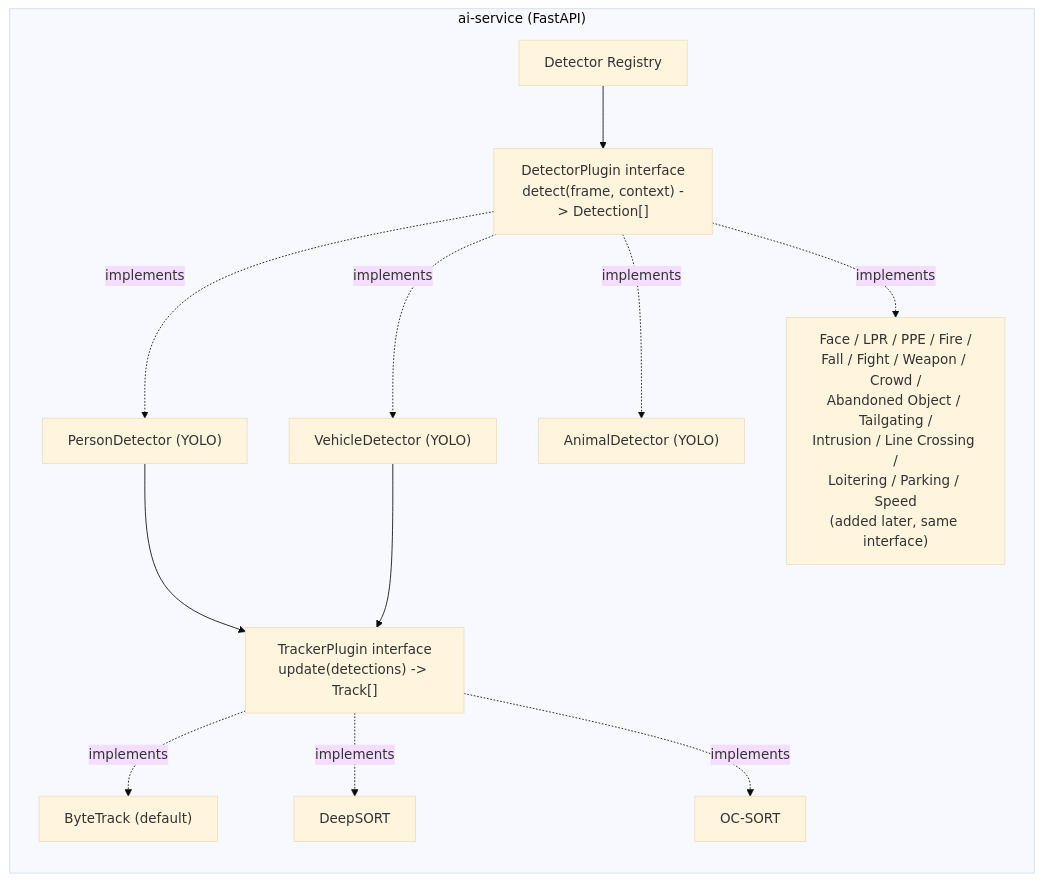
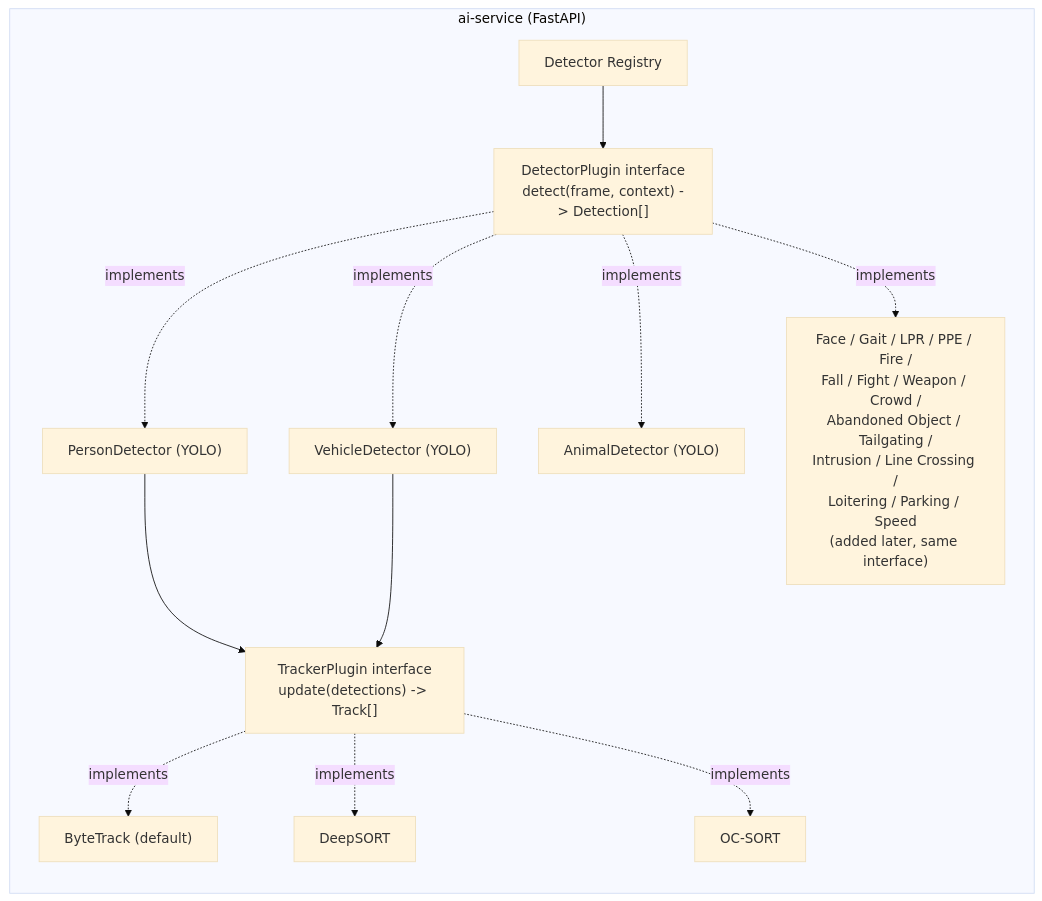
One commit to Alphazox/viedo-monitoring changed the fourth of 5 diagrams in docs/HLD.md. Above: the diagram before and after it, drawn with Mermaid (base theme). The commit also changed other lines of this file and 65 other files, not shown here.

````diff
--- a/docs/HLD.md
+++ b/docs/HLD.md
@@ -202,26 +202,26 @@
 ```mermaid
 graph LR
     subgraph "ai-service (FastAPI)"
         Registry["Detector Registry"]
         Contract["DetectorPlugin interface<br/>detect(frame, context) -> Detection[]"]
         Person["PersonDetector (YOLO)"]
         Vehicle["VehicleDetector (YOLO)"]
         Animal["AnimalDetector (YOLO)"]
-        Future["Face / LPR / PPE / Fire /<br/>Fall / Fight / Weapon / Crowd /<br/>Abandoned Object / Tailgating /<br/>Intrusion / Line Crossing /<br/>Loitering / Parking / Speed<br/>(added later, same interface)"]
+        Future["Face / Gait / LPR / PPE / Fire /<br/>Fall / Fight / Weapon / Crowd /<br/>Abandoned Object / Tailgating /<br/>Intrusion / Line Crossing /<br/>Loitering / Parking / Speed<br/>(added later, same interface)"]
         Tracker["TrackerPlugin interface<br/>update(detections) -> Track[]"]
         ByteTrack["ByteTrack (default)"]
         DeepSORT["DeepSORT"]
         OCSORT["OC-SORT"]
     end
 
     Registry --> Contract
     Contract -.implements.-> Person
     Contract -.implements.-> Vehicle
     Contract -.implements.-> Animal
     Contract -.implements.-> Future
     Person --> Tracker
     Vehicle --> Tracker
     Tracker -.implements.-> ByteTrack
     Tracker -.implements.-> DeepSORT
     Tracker -.implements.-> OCSORT
 ```
````
